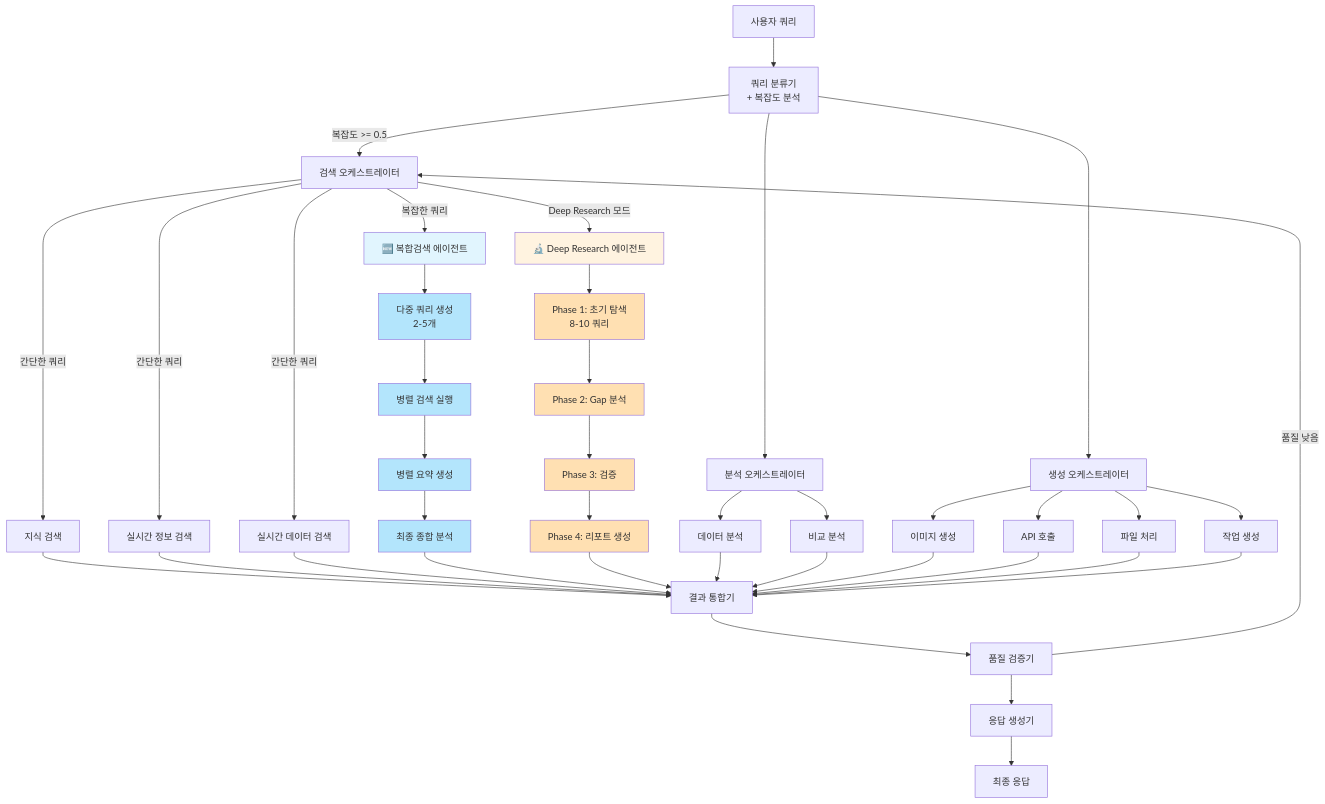
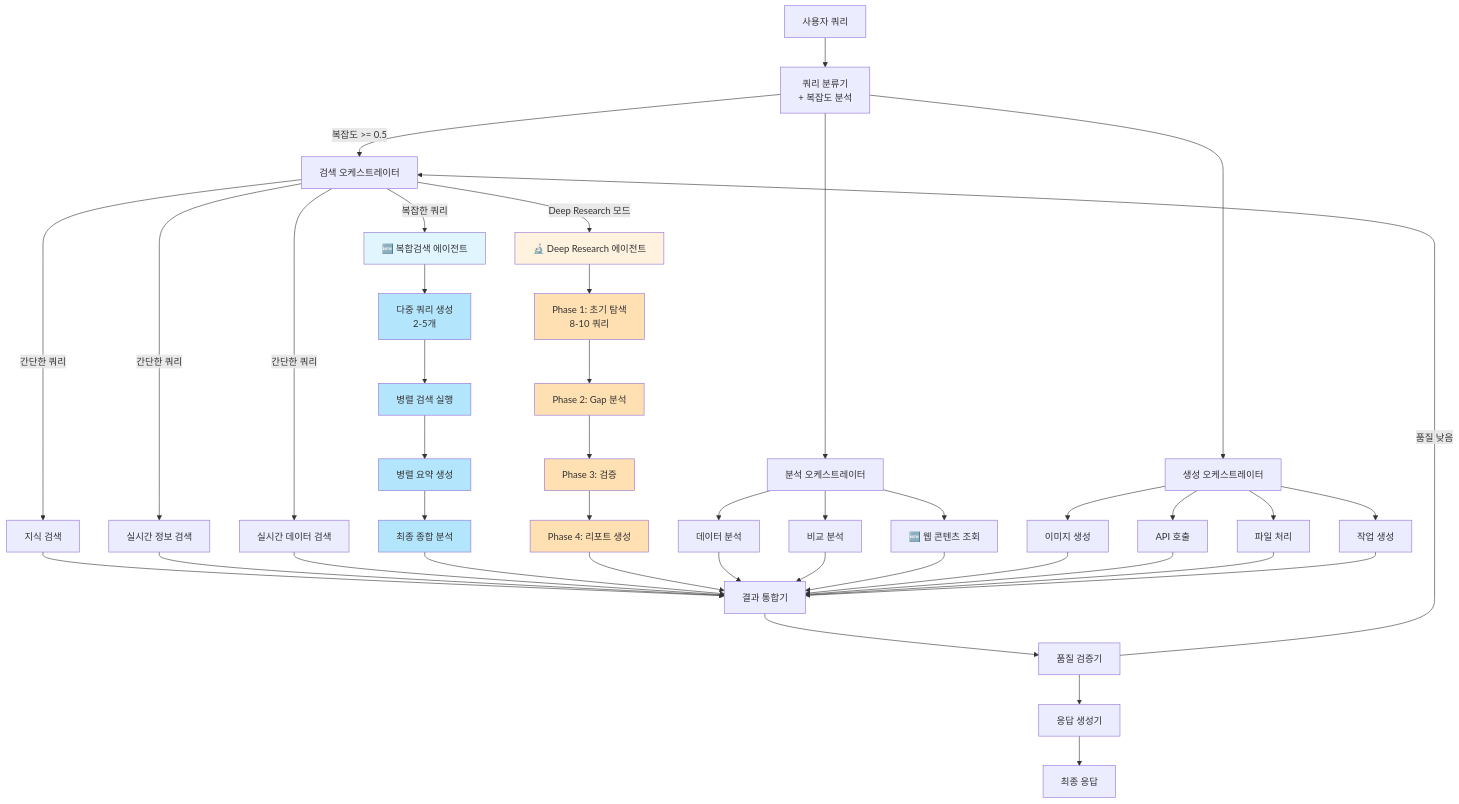
One commit to NEOS-AI/neos changed the diagram in README.md. Above: the diagram before and after it, drawn with Mermaid. The commit also changed other lines of this file, not shown here.

````diff
--- a/README.md
+++ b/README.md
@@ -56,59 +60,61 @@
 ```mermaid
 graph TB
     A[사용자 쿼리] --> B[쿼리 분류기<br/>+ 복잡도 분석]
     B -->|복잡도 >= 0.5| C[검색 오케스트레이터]
     B --> D[분석 오케스트레이터]
     B --> E[생성 오케스트레이터]
 
     C -->|간단한 쿼리| C1[지식 검색]
     C -->|간단한 쿼리| C2[실시간 정보 검색]
     C -->|간단한 쿼리| C3[실시간 데이터 검색]
     C -->|복잡한 쿼리| C4[🆕 복합검색 에이전트]
     C -->|Deep Research 모드| C5[🔬 Deep Research 에이전트]
 
     C4 --> C4A[다중 쿼리 생성<br/>2-5개]
     C4A --> C4B[병렬 검색 실행]
     C4B --> C4C[병렬 요약 생성]
     C4C --> C4D[최종 종합 분석]
 
     C5 --> C5A[Phase 1: 초기 탐색<br/>8-10 쿼리]
     C5A --> C5B[Phase 2: Gap 분석]
     C5B --> C5C[Phase 3: 검증]
     C5C --> C5D[Phase 4: 리포트 생성]
 
     D --> D1[데이터 분석]
     D --> D2[비교 분석]
+    D --> D3[🆕 웹 콘텐츠 조회]
 
     E --> E1[이미지 생성]
     E --> E2[API 호출]
     E --> E3[파일 처리]
     E --> E4[작업 생성]
 
     C1 --> F[결과 통합기]
     C2 --> F
     C3 --> F
     C4D --> F
     C5D --> F
     D1 --> F
     D2 --> F
+    D3 --> F
     E1 --> F
     E2 --> F
     E3 --> F
     E4 --> F
 
     F --> G[품질 검증기]
     G --> H[응답 생성기]
     G -->|품질 낮음| C
     H --> I[최종 응답]
 
     style C4 fill:#e1f5fe
     style C4A fill:#b3e5fc
     style C4B fill:#b3e5fc
     style C4C fill:#b3e5fc
     style C4D fill:#b3e5fc
     style C5 fill:#fff3e0
     style C5A fill:#ffe0b2
     style C5B fill:#ffe0b2
     style C5C fill:#ffe0b2
     style C5D fill:#ffe0b2
 ```
````
